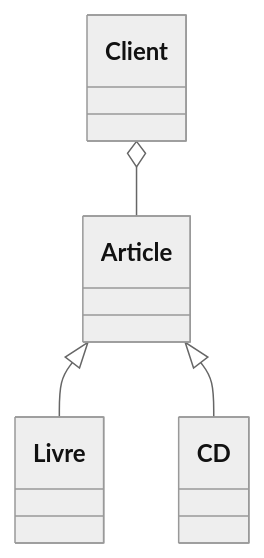
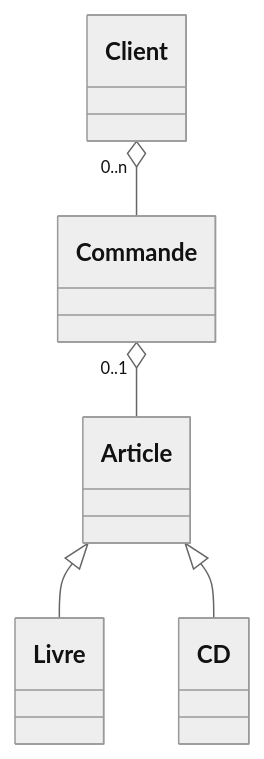
Before and after one commit to ROUBAUD-Axel-2225073b/TD3uml: the first of 4 diagrams in README.md, drawn with Mermaid (neutral theme). The commit also changed other lines of this file, not shown here.

````diff
--- a/README.md
+++ b/README.md
@@ -3,10 +3,13 @@
 ```mermaid
 classDiagram
   class Article
   class Livre
   class CD
   class Client
+  Class Commande
   Article <|-- Livre
   Article <|-- CD
-  Client o-- Article
+  
+  Client "0..n" o-- Commande
+  Commande "0..1" o-- Article
 ```
````
